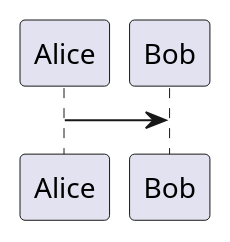
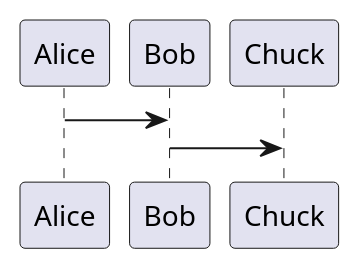
The diagram in Task1/ATCK_C4_Context_alternative.puml (mirray/MSA-AgroTech), drawn with PlantUML before and after one commit.

Commit message:
test commit on empty diagram

```diff
--- a/Task1/ATCK_C4_Context_alternative.puml
+++ b/Task1/ATCK_C4_Context_alternative.puml
@@ -1,3 +1,4 @@
 @startuml Alternative
 Alice -> Bob
+Bob -> Chuck
 @enduml
```
